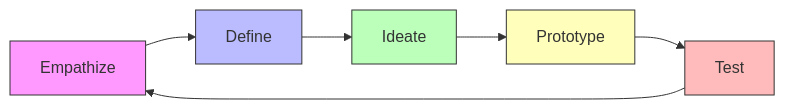
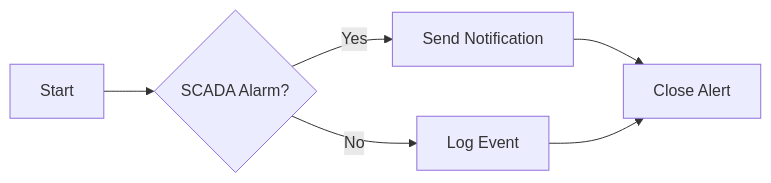
Before and after one commit to BlairLAdams/RPi5: the first of 10 diagrams in mkdocs/docs/MermaidDiagrams.md, drawn with Mermaid. The commit also changed other lines of this file and 33 other files, not shown here.

````diff
--- a/mkdocs/docs/MermaidDiagrams.md
+++ b/mkdocs/docs/MermaidDiagrams.md
@@ -5,13 +18,8 @@
 ```mermaid
 flowchart LR
-    A[Empathize] --> B[Define]
-    B --> C[Ideate]
-    C --> D[Prototype]
-    D --> E[Test]
-    E --> A[Empathize]
-    style A fill:#f9f,stroke:#333,stroke-width:1px
-    style B fill:#bbf,stroke:#333,stroke-width:1px
-    style C fill:#bfb,stroke:#333,stroke-width:1px
-    style D fill:#ffb,stroke:#333,stroke-width:1px
-    style E fill:#fbb,stroke:#333,stroke-width:1px
+  A[Start] --> B{SCADA Alarm?}
+  B -- Yes --> C[Send Notification]
+  B -- No --> D[Log Event]
+  C --> E[Close Alert]
+  D --> E
 ```
````
